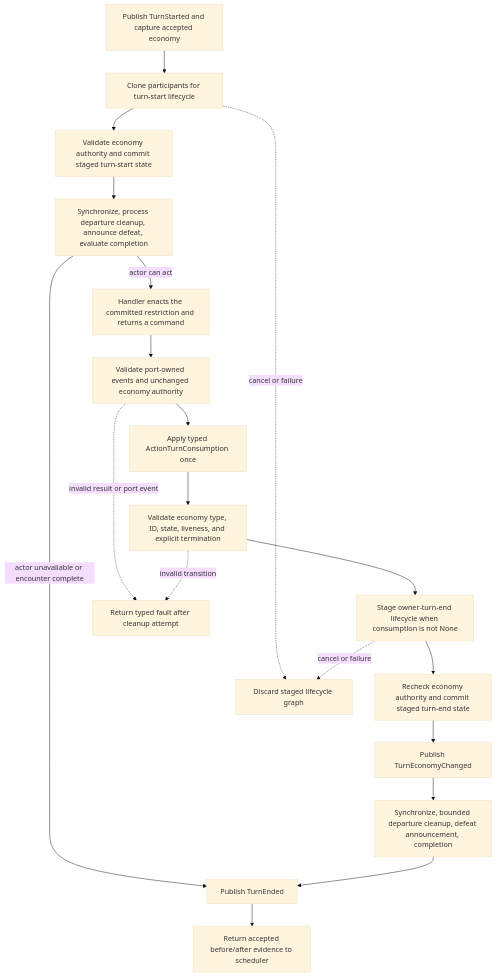
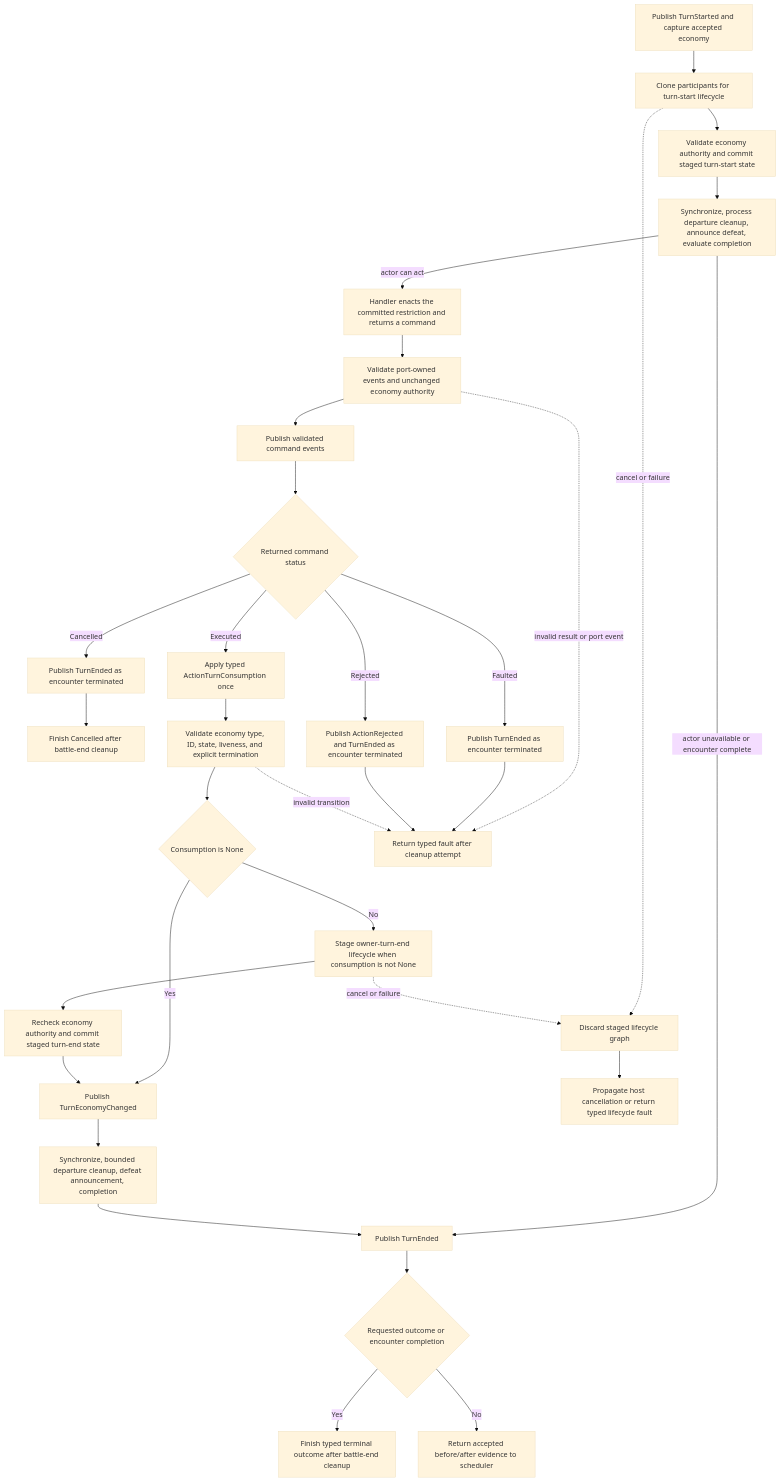
Before and after one commit to KayelC/Convergence: the third of 3 diagrams in docs/technical/encounter-orchestration-runtime.md, drawn with Mermaid (base theme). The commit also changed other lines of this file and 5 other files, not shown here.

Commit message:
docs: reconcile encounter command transactions

````diff
--- a/docs/technical/encounter-orchestration-runtime.md
+++ b/docs/technical/encounter-orchestration-runtime.md
@@ -181,38 +181,61 @@
 ```mermaid
 flowchart TB
     Begin["Publish TurnStarted and capture accepted economy"]
     StageStart["Clone participants for turn-start lifecycle"]
     CommitStart["Validate economy authority and commit staged turn-start state"]
     ReconcileStart["Synchronize, process departure cleanup, announce defeat, evaluate completion"]
     Handler["Handler enacts the committed restriction and returns a command"]
     ValidateHandler["Validate port-owned events and unchanged economy authority"]
+    CommandEvents["Publish validated command events"]
+    CommandStatus{"Returned command status"}
+    CancelledEnd["Publish TurnEnded as encounter terminated"]
+    CancelledFinish["Finish Cancelled after battle-end cleanup"]
+    FaultedEnd["Publish TurnEnded as encounter terminated"]
+    RejectedEnd["Publish ActionRejected and TurnEnded as encounter terminated"]
     ApplyEconomy["Apply typed ActionTurnConsumption once"]
     ValidateEconomy["Validate economy type, ID, state, liveness, and explicit termination"]
+    Consumption{"Consumption is None"}
     StageEnd["Stage owner-turn-end lifecycle when consumption is not None"]
     CommitEnd["Recheck economy authority and commit staged turn-end state"]
     EconomyEvent["Publish TurnEconomyChanged"]
     ReconcileEnd["Synchronize, bounded departure cleanup, defeat announcement, completion"]
     TurnEnd["Publish TurnEnded"]
+    Terminal{"Requested outcome or encounter completion"}
+    Finish["Finish typed terminal outcome after battle-end cleanup"]
     Advance["Return accepted before/after evidence to scheduler"]
     Rollback["Discard staged lifecycle graph"]
+    LifecycleExit["Propagate host cancellation or return typed lifecycle fault"]
     Fault["Return typed fault after cleanup attempt"]
 
     Begin --> StageStart
     StageStart --> CommitStart
     StageStart -. "cancel or failure" .-> Rollback
+    Rollback --> LifecycleExit
     CommitStart --> ReconcileStart
     ReconcileStart -->|"actor can act"| Handler
     ReconcileStart -->|"actor unavailable or encounter complete"| TurnEnd
     Handler --> ValidateHandler
-    ValidateHandler --> ApplyEconomy
+    ValidateHandler --> CommandEvents
     ValidateHandler -. "invalid result or port event" .-> Fault
+    CommandEvents --> CommandStatus
+    CommandStatus -->|"Cancelled"| CancelledEnd
+    CancelledEnd --> CancelledFinish
+    CommandStatus -->|"Faulted"| FaultedEnd
+    FaultedEnd --> Fault
+    CommandStatus -->|"Rejected"| RejectedEnd
+    RejectedEnd --> Fault
+    CommandStatus -->|"Executed"| ApplyEconomy
     ApplyEconomy --> ValidateEconomy
-    ValidateEconomy --> StageEnd
+    ValidateEconomy --> Consumption
     ValidateEconomy -. "invalid transition" .-> Fault
+    Consumption -->|"No"| StageEnd
+    Consumption -->|"Yes"| EconomyEvent
     StageEnd --> CommitEnd
     StageEnd -. "cancel or failure" .-> Rollback
     CommitEnd --> EconomyEvent
     EconomyEvent --> ReconcileEnd
     ReconcileEnd --> TurnEnd
-    TurnEnd --> Advance
+    TurnEnd --> Terminal
+    Terminal -->|"Yes"| Finish
+    Terminal -->|"No"| Advance
 ```
````
